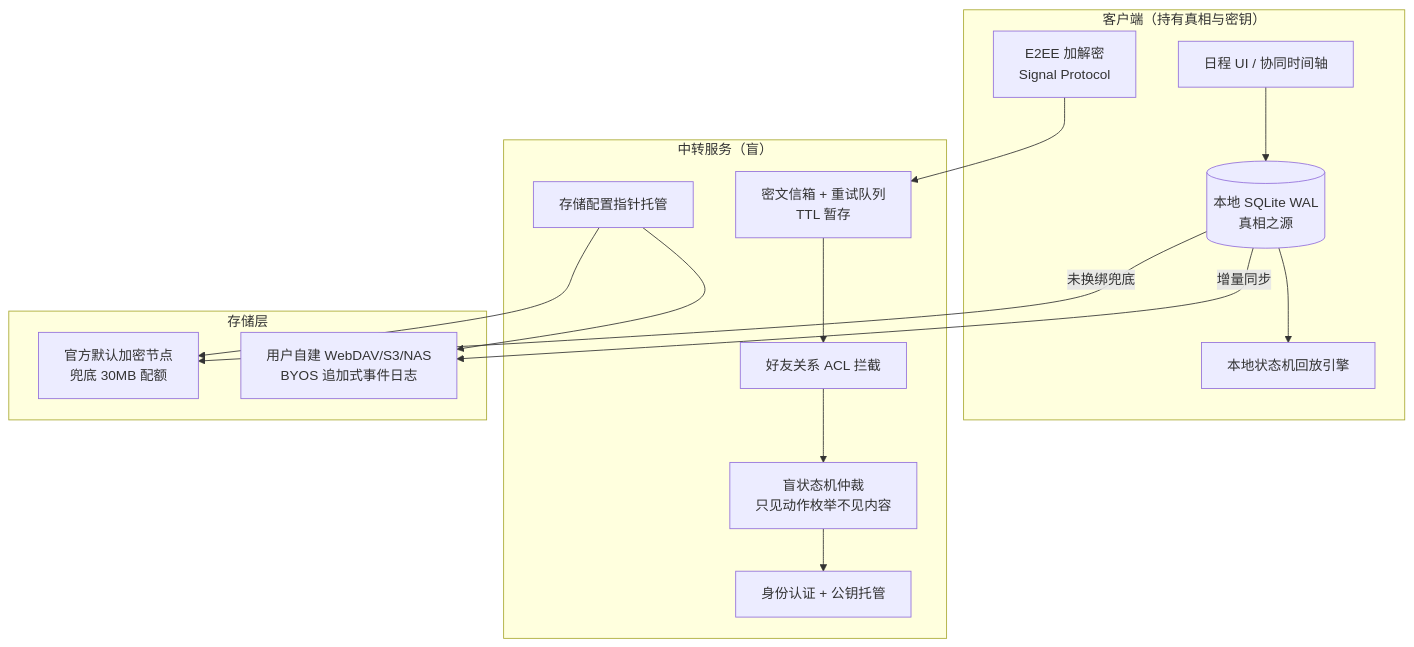
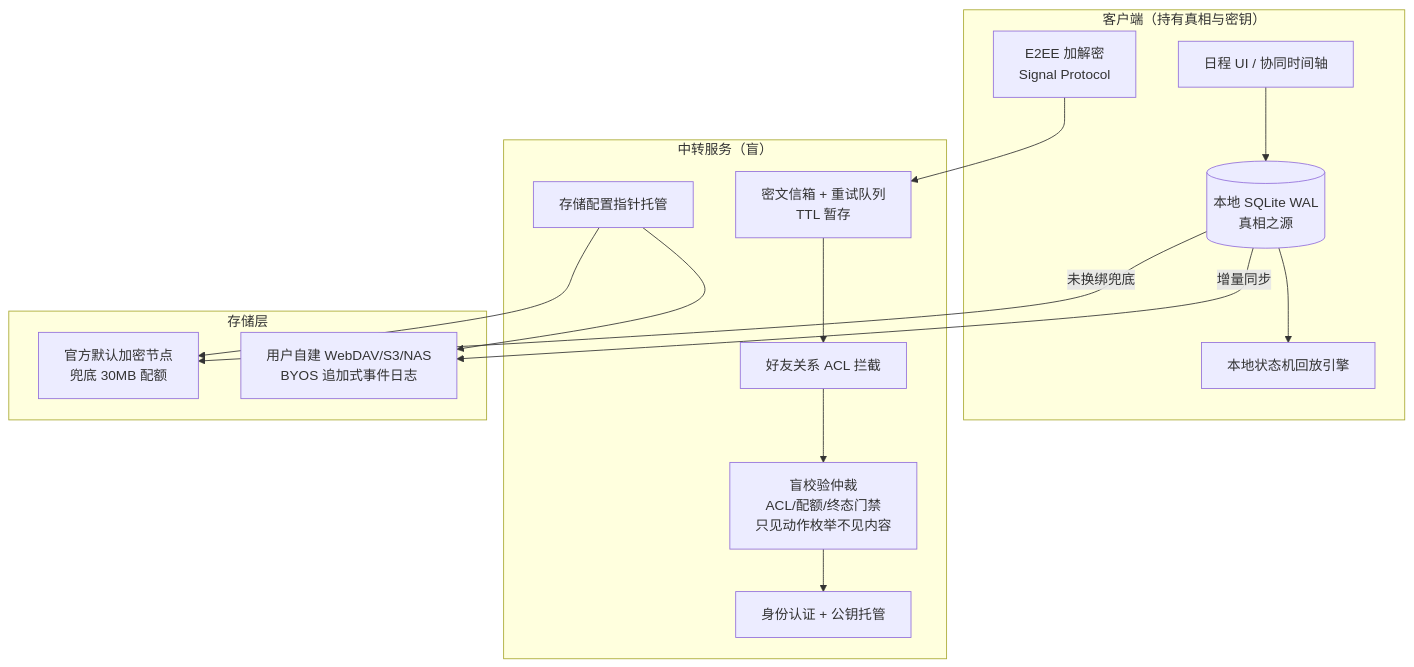
Before and after one commit to loveheng/goodtime: the first of 10 diagrams in docs/design/collab-schedule-draft.md, drawn with Mermaid. The commit also changed other lines of this file and 21 other files, not shown here.

````diff
--- a/docs/design/collab-schedule-draft.md
+++ b/docs/design/collab-schedule-draft.md
@@ -18,29 +18,29 @@
 ```mermaid
 flowchart TB
     subgraph client ["客户端（持有真相与密钥）"]
         UI[日程 UI / 协同时间轴]
         FSM[本地状态机回放引擎]
         DB[(本地 SQLite WAL<br/>真相之源)]
         CRYPTO[E2EE 加解密<br/>Signal Protocol]
     end
     subgraph relay ["中转服务（盲）"]
         AUTH[身份认证 + 公钥托管]
         ACL[好友关系 ACL 拦截]
-        FSM_S[盲状态机仲裁<br/>只见动作枚举不见内容]
+        FSM_S[盲校验仲裁<br/>ACL/配额/终态门禁<br/>只见动作枚举不见内容]
         QUEUE[密文信箱 + 重试队列<br/>TTL 暂存]
         PTR[存储配置指针托管]
     end
     subgraph storage ["存储层"]
         OFFICIAL[官方默认加密节点<br/>兜底 30MB 配额]
         BYOS[用户自建 WebDAV/S3/NAS<br/>BYOS 追加式事件日志]
     end
     UI --> DB
     DB --> FSM
     CRYPTO --> QUEUE
     QUEUE --> ACL --> FSM_S
     FSM_S --> AUTH
     DB -->|增量同步| BYOS
     DB -->|未换绑兜底| OFFICIAL
     PTR --> OFFICIAL
     PTR --> BYOS
 ```
````
